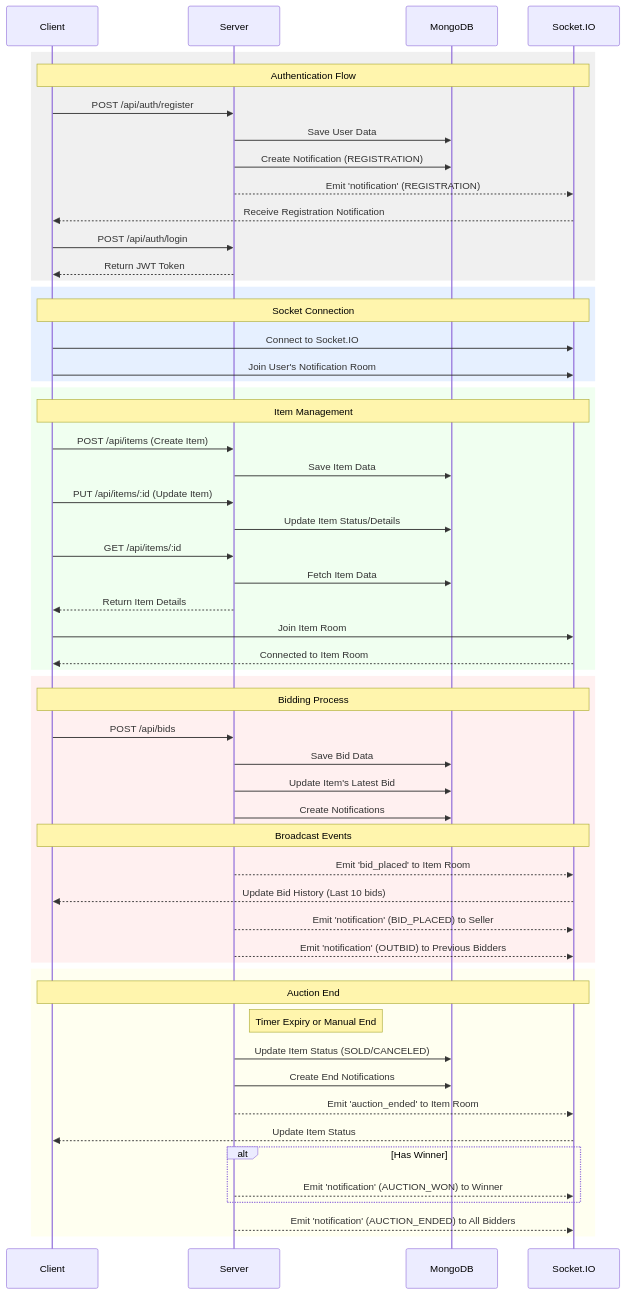
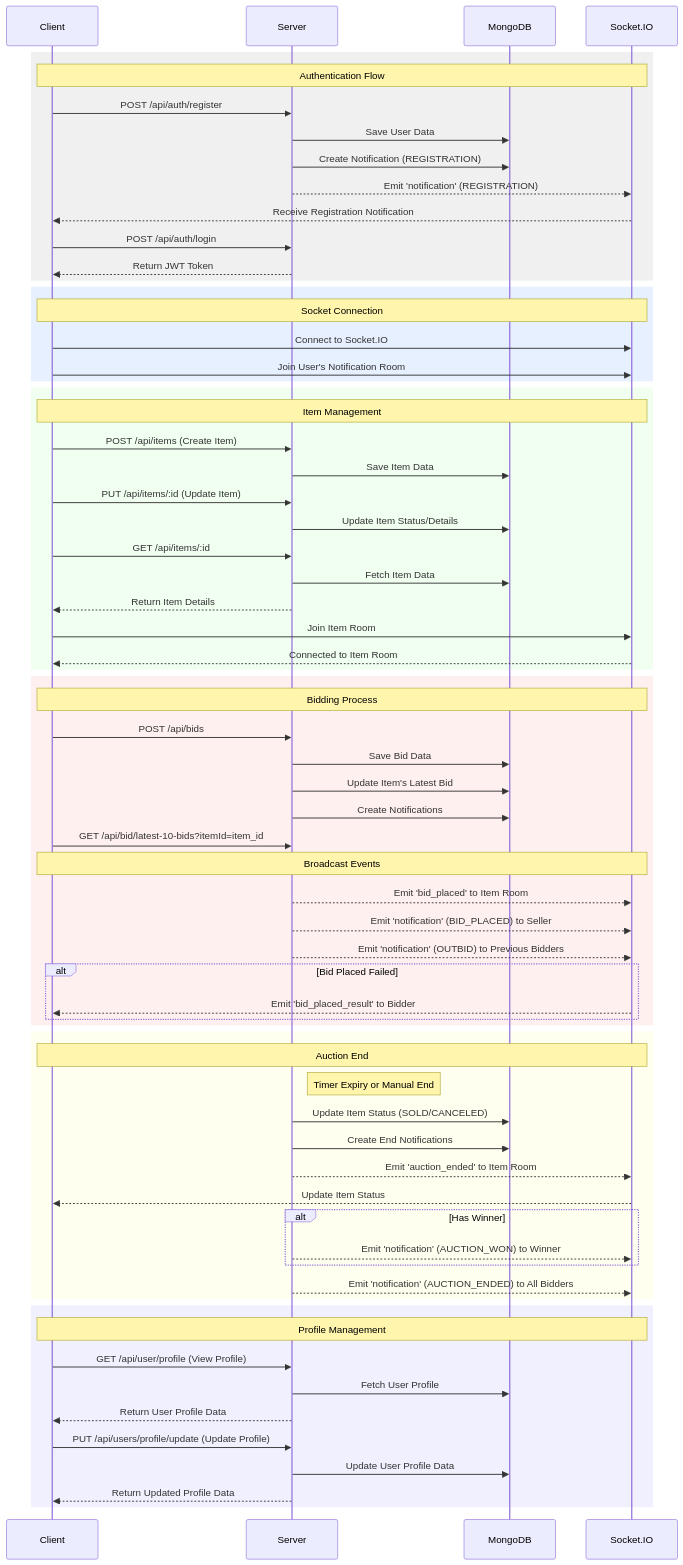
Before and after one commit to hhe-wtag/bidify: the second of 2 diagrams in README.md, drawn with Mermaid. The commit also changed 3 other files, not shown here.

````diff
--- a/README.md
+++ b/README.md
@@ -100,59 +100,70 @@
 ```mermaid
 sequenceDiagram
     participant C as Client
     participant S as Server
     participant DB as MongoDB
     participant SK as Socket.IO
     rect rgb(240, 240, 240)
         Note over C,SK: Authentication Flow
         C->>S: POST /api/auth/register
         S->>DB: Save User Data
         S->>DB: Create Notification (REGISTRATION)
         S-->>SK: Emit 'notification' (REGISTRATION)
         SK-->>C: Receive Registration Notification
         C->>S: POST /api/auth/login
         S-->>C: Return JWT Token
     end
     rect rgb(230, 240, 255)
         Note over C,SK: Socket Connection
         C->>SK: Connect to Socket.IO
         C->>SK: Join User's Notification Room
     end
     rect rgb(240, 255, 240)
         Note over C,SK: Item Management
         C->>S: POST /api/items (Create Item)
         S->>DB: Save Item Data
         C->>S: PUT /api/items/:id (Update Item)
         S->>DB: Update Item Status/Details
         C->>S: GET /api/items/:id
         S->>DB: Fetch Item Data
         S-->>C: Return Item Details
         C->>SK: Join Item Room
         SK-->>C: Connected to Item Room
     end
     rect rgb(255, 240, 240)
         Note over C,SK: Bidding Process
         C->>S: POST /api/bids
         S->>DB: Save Bid Data
         S->>DB: Update Item's Latest Bid
         S->>DB: Create Notifications
+        C->>S: GET /api/bid/latest-10-bids?itemId=item_id
         Note over SK,C: Broadcast Events
         S-->>SK: Emit 'bid_placed' to Item Room
-        SK-->>C: Update Bid History (Last 10 bids)
         S-->>SK: Emit 'notification' (BID_PLACED) to Seller
         S-->>SK: Emit 'notification' (OUTBID) to Previous Bidders
+         alt Bid Placed Failed
+            SK-->>C: Emit 'bid_placed_result' to Bidder
+        end
     end
     rect rgb(255, 255, 240)
         Note over C,SK: Auction End
         Note right of S: Timer Expiry or Manual End
         S->>DB: Update Item Status (SOLD/CANCELED)
         S->>DB: Create End Notifications
         S-->>SK: Emit 'auction_ended' to Item Room
         SK-->>C: Update Item Status
         alt Has Winner
             S-->>SK: Emit 'notification' (AUCTION_WON) to Winner
         end
         S-->>SK: Emit 'notification' (AUCTION_ENDED) to All Bidders
     end
-
+    rect rgb(240, 240, 255)
+        Note over C,SK: Profile Management
+        C->>S: GET /api/user/profile (View Profile)
+        S->>DB: Fetch User Profile
+        S-->>C: Return User Profile Data
+        C->>S: PUT /api/users/profile/update (Update Profile)
+        S->>DB: Update User Profile Data
+        S-->>C: Return Updated Profile Data
+    end
 ```
````
